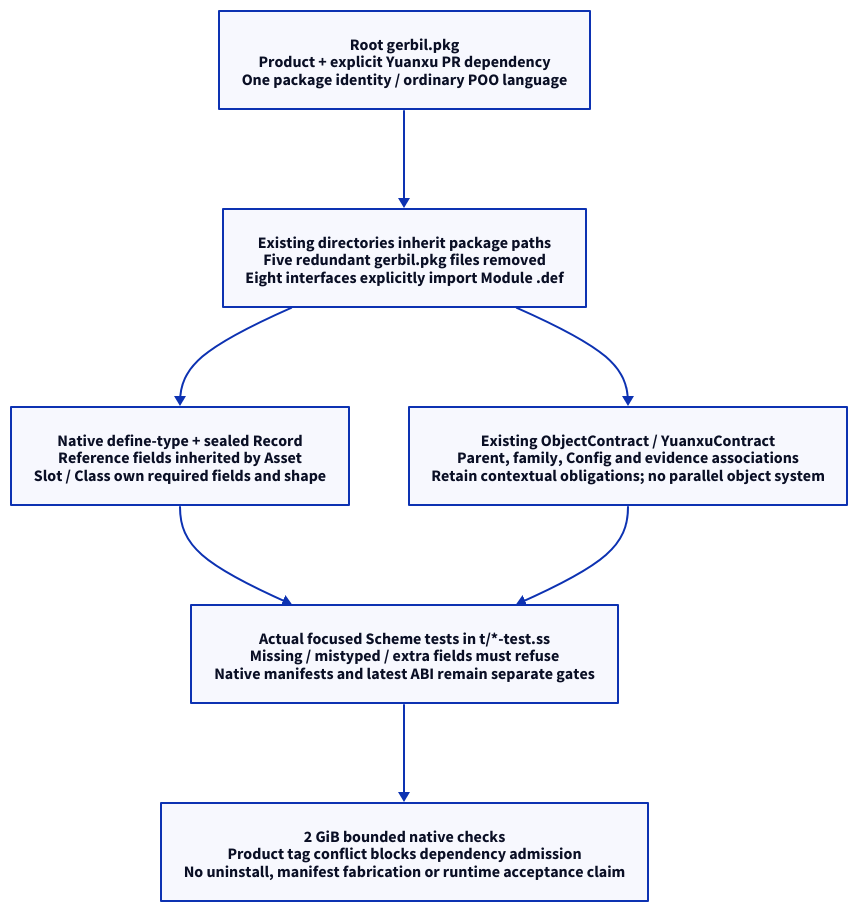
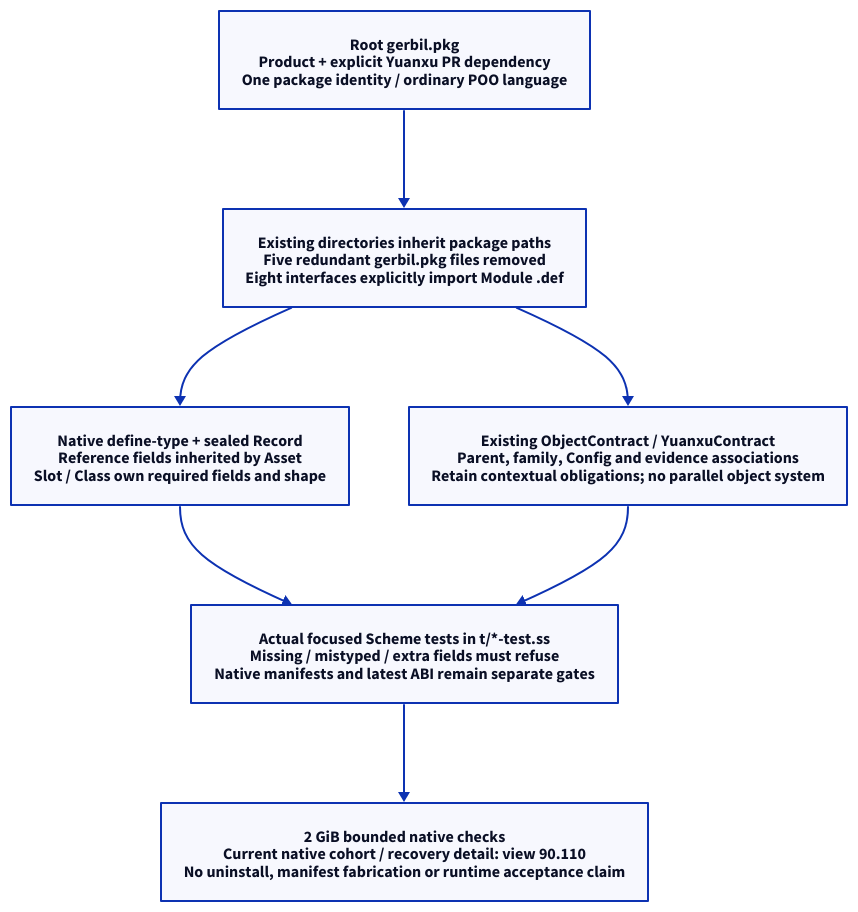
The diagram in docs/90-99-views/90-architecture-views/90.109-yuanxu-package-and-record-ownership.d2 (hardenedlinux/deterministic-engineering), drawn with D2 before and after one commit. The commit also changed 16 other files, not shown here.

Commit message:
Align native dependency cohort and share Scope and method projections

```diff
--- a/docs/90-99-views/90-architecture-views/90.109-yuanxu-package-and-record-ownership.d2
+++ b/docs/90-99-views/90-architecture-views/90.109-yuanxu-package-and-record-ownership.d2
@@ -1,15 +1,15 @@
 # org-target: docs/10-19-design/10-architecture/10.120-yuanxu-package-and-record-ownership.org::#yuanxu120-scope
 # render-layout: elk; theme: 0; pad: 24
 direction: down
 root: "Root gerbil.pkg\nProduct + explicit Yuanxu PR dependency\nOne package identity / ordinary POO language"
 sources: "Existing directories inherit package paths\nFive redundant gerbil.pkg files removed\nEight interfaces explicitly import Module .def"
 types: "Native define-type + sealed Record\nReference fields inherited by Asset\nSlot / Class own required fields and shape"
 context: "Existing ObjectContract / YuanxuContract\nParent, family, Config and evidence associations\nRetain contextual obligations; no parallel object system"
 checks: "Actual focused Scheme tests in t/*-test.ss\nMissing / mistyped / extra fields must refuse\nNative manifests and latest ABI remain separate gates"
-gate: "2 GiB bounded native checks\nProduct tag conflict blocks dependency admission\nNo uninstall, manifest fabrication or runtime acceptance claim"
+gate: "2 GiB bounded native checks\nCurrent native cohort / recovery detail: view 90.110\nNo uninstall, manifest fabrication or runtime acceptance claim"
 root -> sources
 sources -> types
 sources -> context
 types -> checks
 context -> checks
 checks -> gate
```
